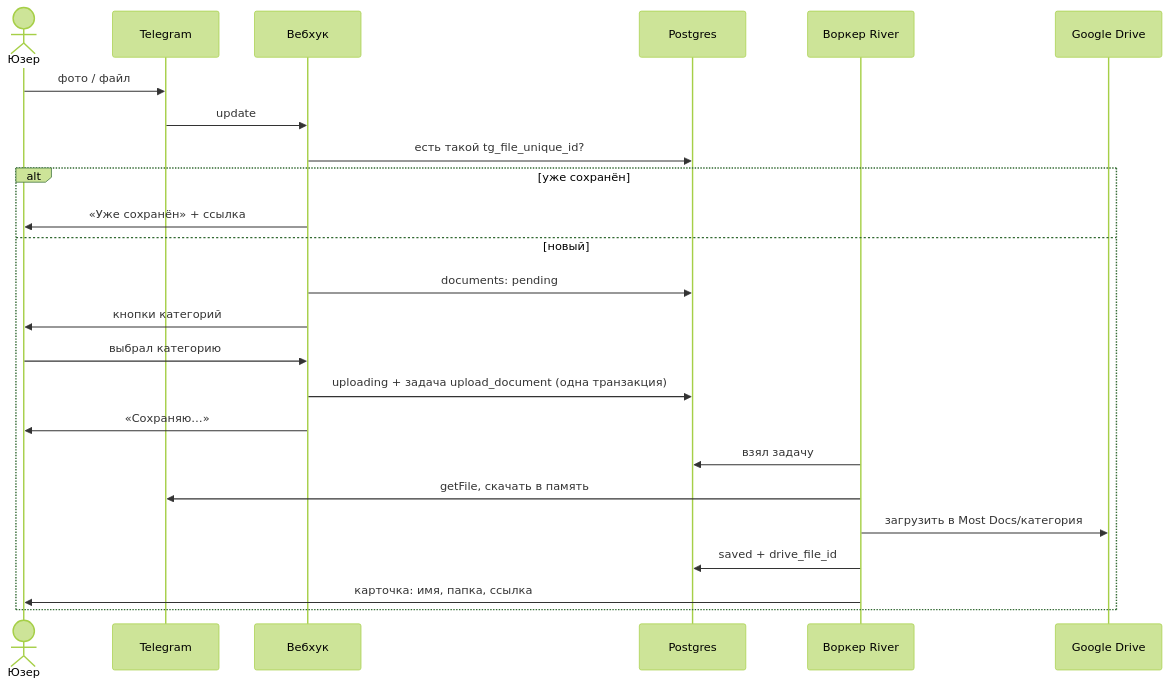
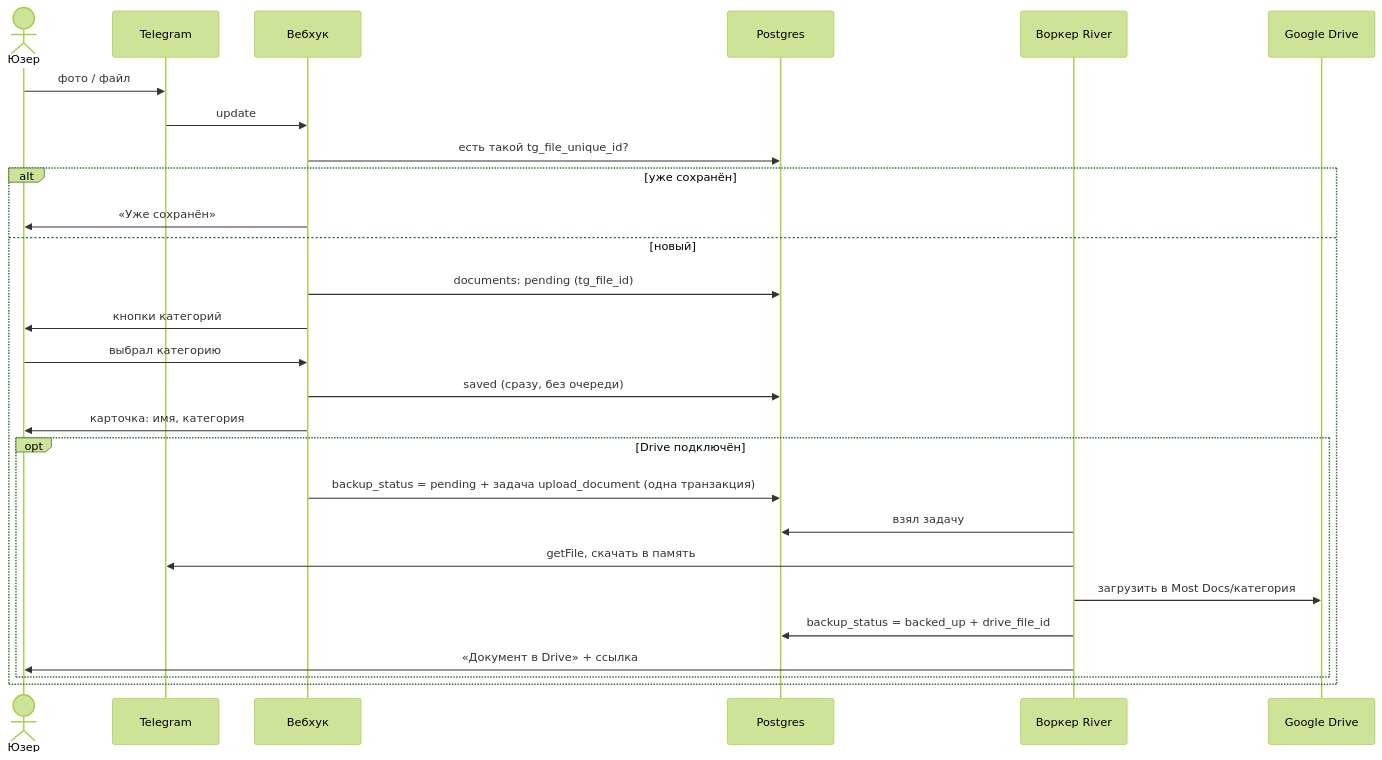
One commit to alexe0110/most-app changed the third of 3 diagrams in docs/architecture.md. Above: the diagram before and after it, drawn with Mermaid (forest theme). The commit also changed other lines of this file and 4 other files, not shown here.

````diff
--- a/docs/architecture.md
+++ b/docs/architecture.md
@@ -78,27 +80,30 @@
 ```mermaid
 sequenceDiagram
     actor U as Юзер
     participant T as Telegram
     participant W as Вебхук
     participant DB as Postgres
     participant K as Воркер River
     participant D as Google Drive
 
     U->>T: фото / файл
     T->>W: update
     W->>DB: есть такой tg_file_unique_id?
     alt уже сохранён
-        W->>U: «Уже сохранён» + ссылка
+        W->>U: «Уже сохранён»
     else новый
-        W->>DB: documents: pending
+        W->>DB: documents: pending (tg_file_id)
         W->>U: кнопки категорий
         U->>W: выбрал категорию
-        W->>DB: uploading + задача upload_document (одна транзакция)
-        W->>U: «Сохраняю…»
-        K->>DB: взял задачу
-        K->>T: getFile, скачать в память
-        K->>D: загрузить в Most Docs/категория
-        K->>DB: saved + drive_file_id
-        K->>U: карточка: имя, папка, ссылка
+        W->>DB: saved (сразу, без очереди)
+        W->>U: карточка: имя, категория
+        opt Drive подключён
+            W->>DB: backup_status = pending + задача upload_document (одна транзакция)
+            K->>DB: взял задачу
+            K->>T: getFile, скачать в память
+            K->>D: загрузить в Most Docs/категория
+            K->>DB: backup_status = backed_up + drive_file_id
+            K->>U: «Документ в Drive» + ссылка
+        end
     end
 ```
````
